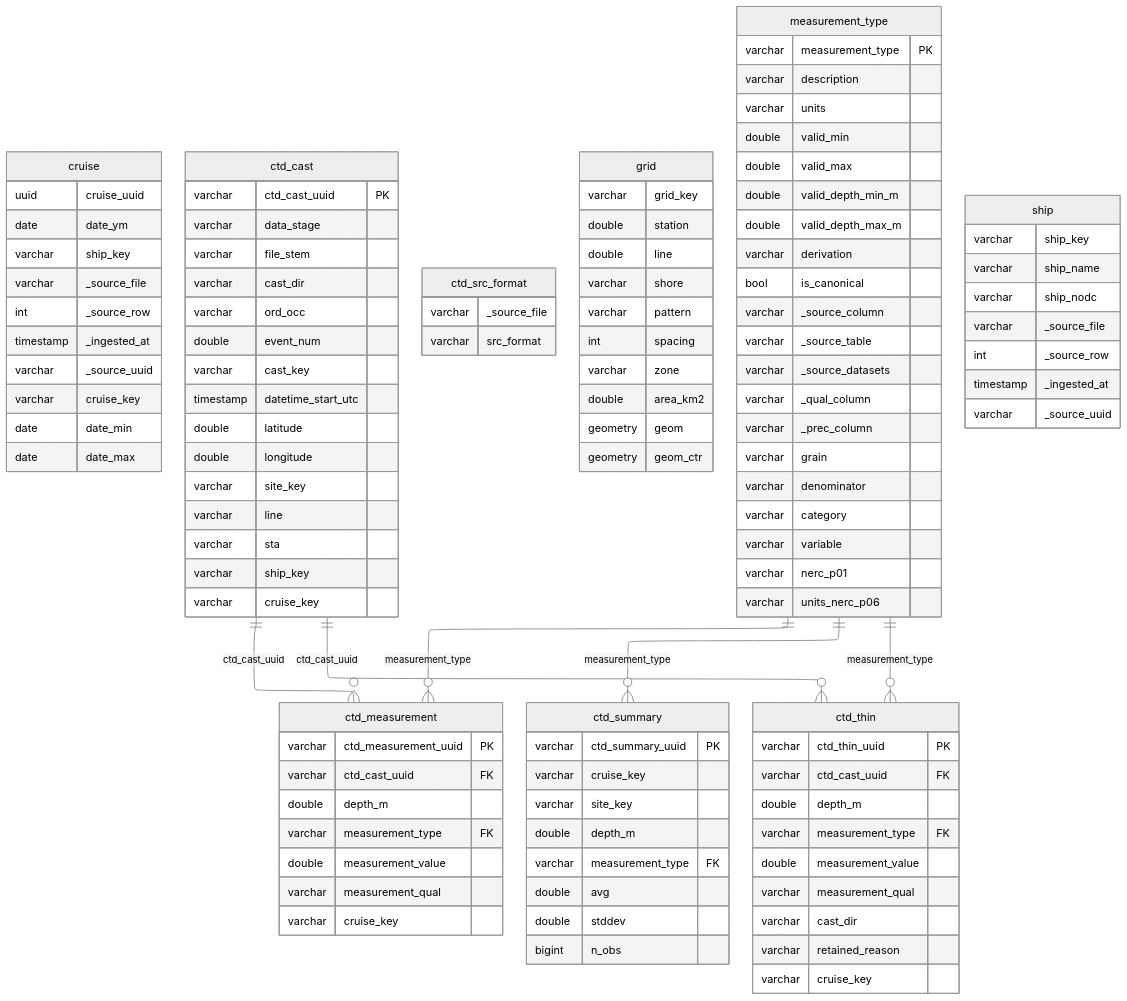
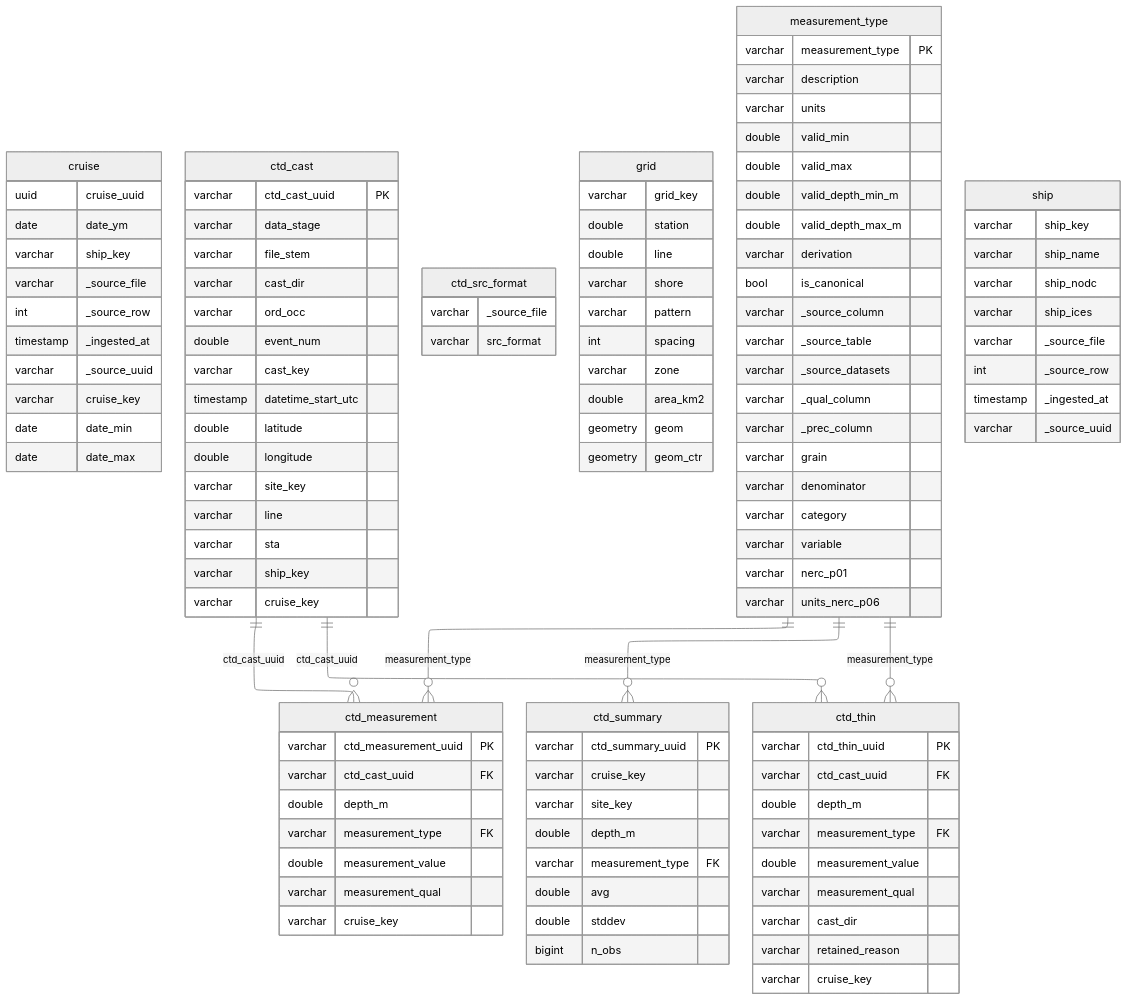
The diagram in _output/ingest_calcofi_ctd-cast_files/figure-html/schema-1.mmd (CalCOFI/workflows), drawn with Mermaid (neutral theme) before and after one commit. The commit also changed 164 other files, not shown here.

```diff
--- a/_output/ingest_calcofi_ctd-cast_files/figure-html/schema-1.mmd
+++ b/_output/ingest_calcofi_ctd-cast_files/figure-html/schema-1.mmd
@@ -1,116 +1,117 @@
 ---
 config:
   layout: elk
 ---
 erDiagram
     cruise {
         uuid cruise_uuid
         date date_ym
         varchar ship_key
         varchar _source_file
         int _source_row
         timestamp _ingested_at
         varchar _source_uuid
         varchar cruise_key
         date date_min
         date date_max
     }
     ctd_cast {
         varchar ctd_cast_uuid PK
         varchar data_stage
         varchar file_stem
         varchar cast_dir
         varchar ord_occ
         double event_num
         varchar cast_key
         timestamp datetime_start_utc
         double latitude
         double longitude
         varchar site_key
         varchar line
         varchar sta
         varchar ship_key
         varchar cruise_key
     }
     ctd_measurement {
         varchar ctd_measurement_uuid PK
         varchar ctd_cast_uuid FK
         double depth_m
         varchar measurement_type FK
         double measurement_value
         varchar measurement_qual
         varchar cruise_key
     }
     ctd_src_format {
         varchar _source_file
         varchar src_format
     }
     ctd_summary {
         varchar ctd_summary_uuid PK
         varchar cruise_key
         varchar site_key
         double depth_m
         varchar measurement_type FK
         double avg
         double stddev
         bigint n_obs
     }
     ctd_thin {
         varchar ctd_thin_uuid PK
         varchar ctd_cast_uuid FK
         double depth_m
         varchar measurement_type FK
         double measurement_value
         varchar measurement_qual
         varchar cast_dir
         varchar retained_reason
         varchar cruise_key
     }
     grid {
         varchar grid_key
         double station
         double line
         varchar shore
         varchar pattern
         int spacing
         varchar zone
         double area_km2
         geometry geom
         geometry geom_ctr
     }
     measurement_type {
         varchar measurement_type PK
         varchar description
         varchar units
         double valid_min
         double valid_max
         double valid_depth_min_m
         double valid_depth_max_m
         varchar derivation
         bool is_canonical
         varchar _source_column
         varchar _source_table
         varchar _source_datasets
         varchar _qual_column
         varchar _prec_column
         varchar grain
         varchar denominator
         varchar category
         varchar variable
         varchar nerc_p01
         varchar units_nerc_p06
     }
     ship {
         varchar ship_key
         varchar ship_name
         varchar ship_nodc
+        varchar ship_ices
         varchar _source_file
         int _source_row
         timestamp _ingested_at
         varchar _source_uuid
     }
     ctd_cast ||--o{ ctd_measurement : "ctd_cast_uuid"
     ctd_cast ||--o{ ctd_thin : "ctd_cast_uuid"
     measurement_type ||--o{ ctd_measurement : "measurement_type"
     measurement_type ||--o{ ctd_thin : "measurement_type"
     measurement_type ||--o{ ctd_summary : "measurement_type"
```
